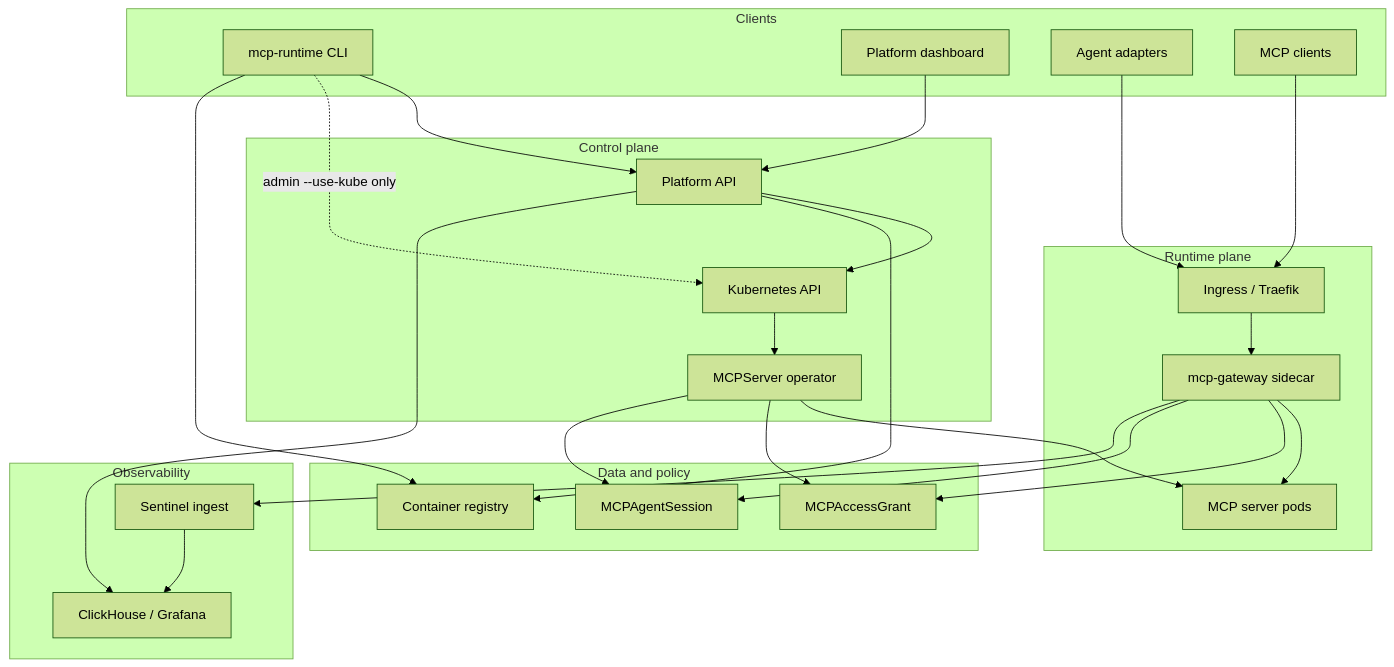
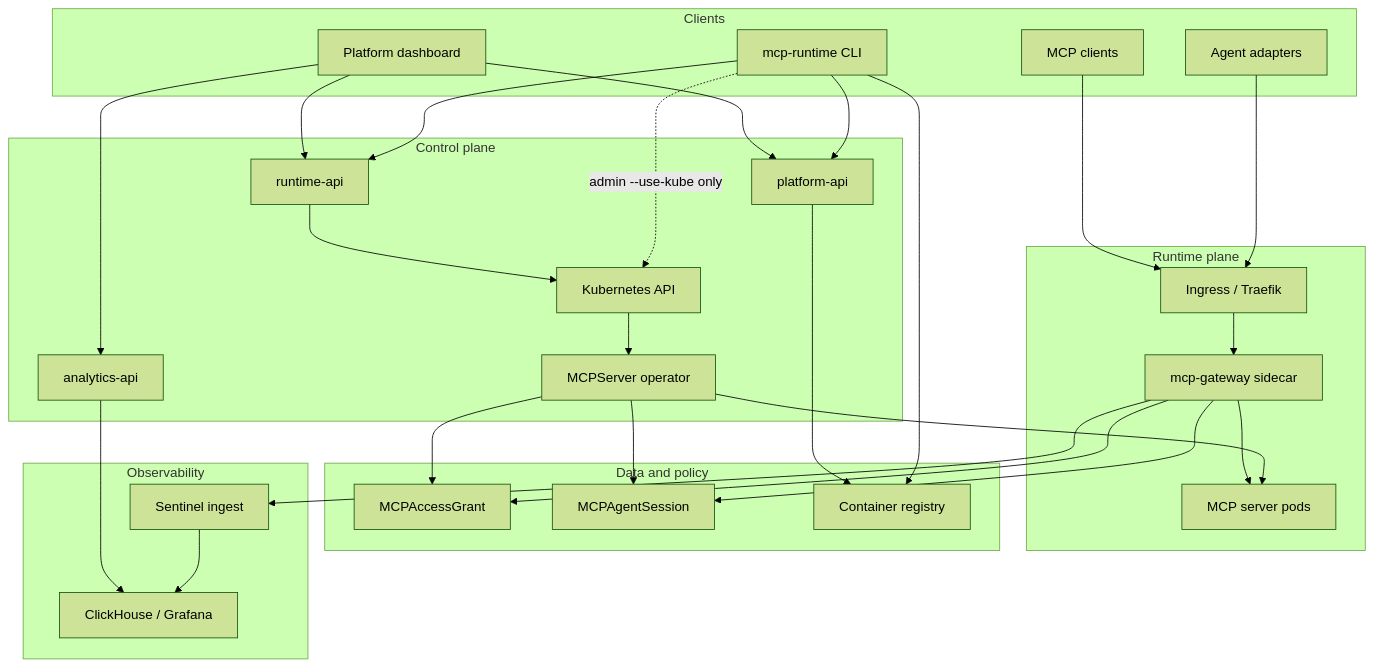
The diagram in docs/architecture.md (Agent-Hellboy/mcp-runtime), drawn with Mermaid (forest theme) before and after one commit. The commit also changed other lines of this file and 24 other files, not shown here.

First line of the commit message:
doc: sync docs with current CLI, API, and deployment behavior

````diff
--- a/docs/architecture.md
+++ b/docs/architecture.md
@@ -9,50 +9,55 @@
 ```mermaid
 flowchart TB
     subgraph clients [Clients]
         CLI[mcp-runtime CLI]
         UI[Platform dashboard]
         Agent[Agent adapters]
         MCP[MCP clients]
     end
 
     subgraph control [Control plane]
-        API[Platform API]
+        PlatAPI[platform-api]
+        RunAPI[runtime-api]
+        AnaAPI[analytics-api]
         K8s[Kubernetes API]
         Op[MCPServer operator]
     end
 
     subgraph runtime [Runtime plane]
         Ing[Ingress / Traefik]
         GW[mcp-gateway sidecar]
         Srv[MCP server pods]
     end
 
     subgraph data [Data and policy]
         Grant[MCPAccessGrant]
         Session[MCPAgentSession]
         Reg[Container registry]
     end
 
     subgraph obs [Observability]
         Ingest[Sentinel ingest]
         CH[ClickHouse / Grafana]
     end
 
-    CLI --> API
+    CLI --> PlatAPI
+    CLI --> RunAPI
     CLI -. "admin --use-kube only" .-> K8s
-    UI --> API
+    UI --> PlatAPI
+    UI --> RunAPI
+    UI --> AnaAPI
     Agent --> Ing
     MCP --> Ing
-    API --> K8s
+    RunAPI --> K8s
     K8s --> Op
     Op --> Srv
     Op --> Grant
     Op --> Session
     Ing --> GW --> Srv
     GW --> Grant
     GW --> Session
     CLI --> Reg
-    API --> Reg
+    PlatAPI --> Reg
     GW --> Ingest --> CH
-    API --> CH
+    AnaAPI --> CH
 ```
````
